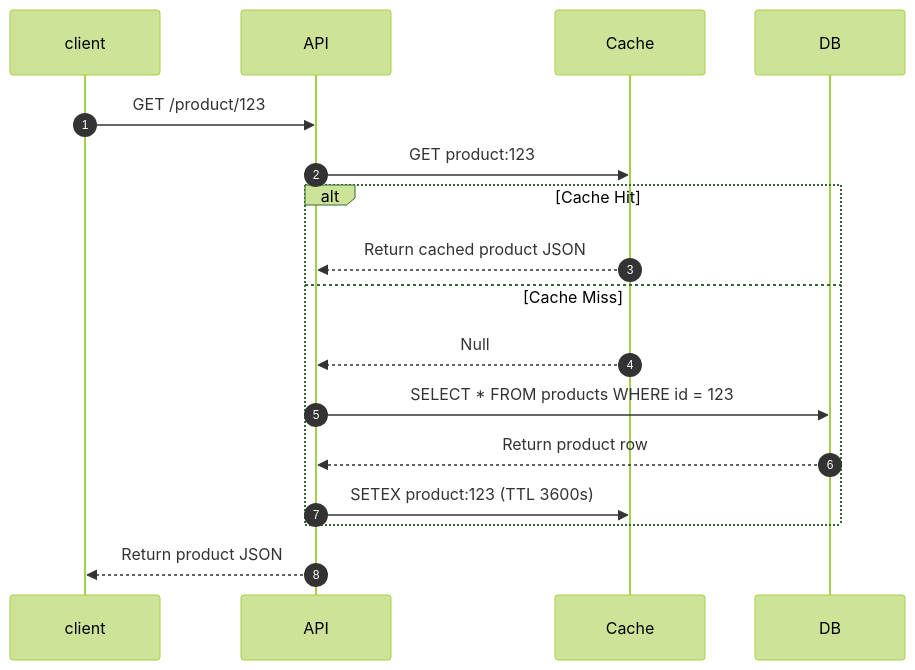
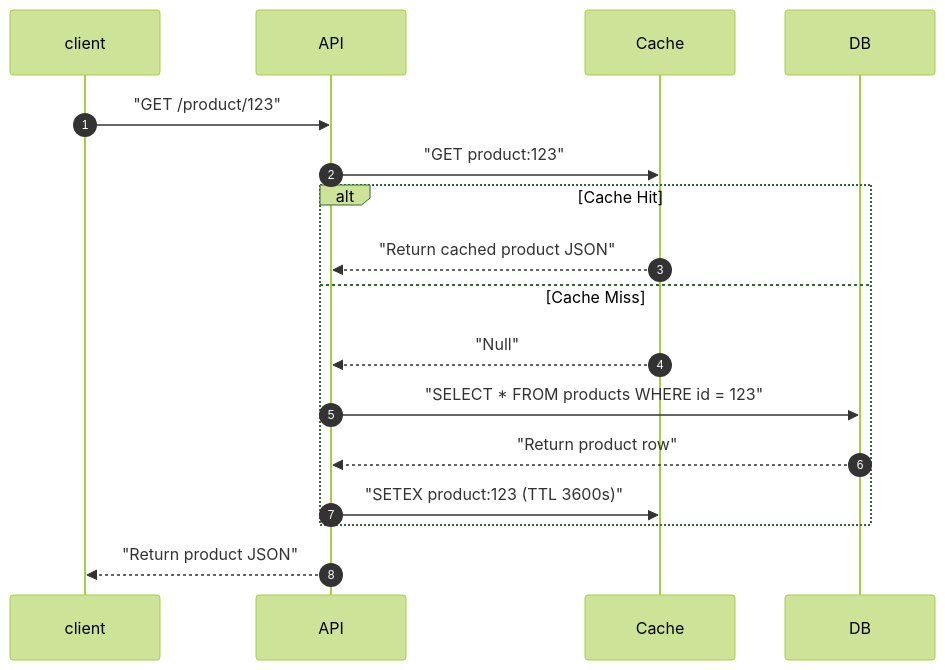
The first of 3 diagrams in Patterns/04_scaling_reads.md (weifengcao/deep_system_design), drawn with Mermaid (forest theme) before and after one commit. The commit also changed 7 other files, not shown here.

First line of the commit message:
fix: resolve Mermaid diagram parsing errors across all pattern files

````diff
--- a/Patterns/04_scaling_reads.md
+++ b/Patterns/04_scaling_reads.md
@@ -26,15 +26,15 @@
 ```mermaid
 sequenceDiagram
     autonumber
-    client->>API: GET /product/123
-    API->>Cache: GET product:123
+    client->>API: "GET /product/123"
+    API->>Cache: "GET product:123"
     alt Cache Hit
-        Cache-->>API: Return cached product JSON
+        Cache-->>API: "Return cached product JSON"
     else Cache Miss
-        Cache-->>API: Null
-        API->>DB: SELECT * FROM products WHERE id = 123;
-        DB-->>API: Return product row
-        API->>Cache: SETEX product:123 (TTL 3600s)
+        Cache-->>API: "Null"
+        API->>DB: "SELECT * FROM products WHERE id = 123"
+        DB-->>API: "Return product row"
+        API->>Cache: "SETEX product:123 (TTL 3600s)"
     end
-    API-->>client: Return product JSON
+    API-->>client: "Return product JSON"
 ```
````
